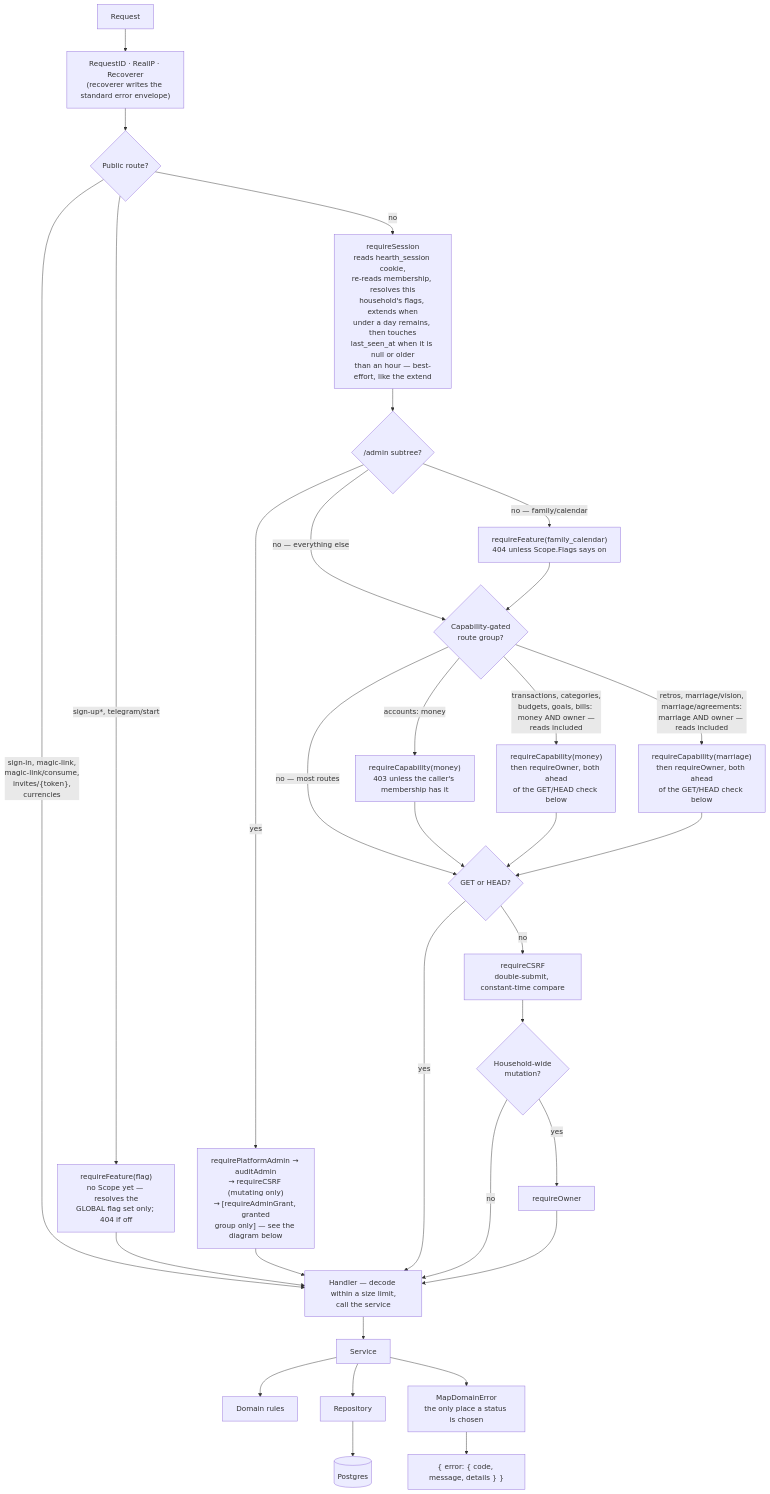
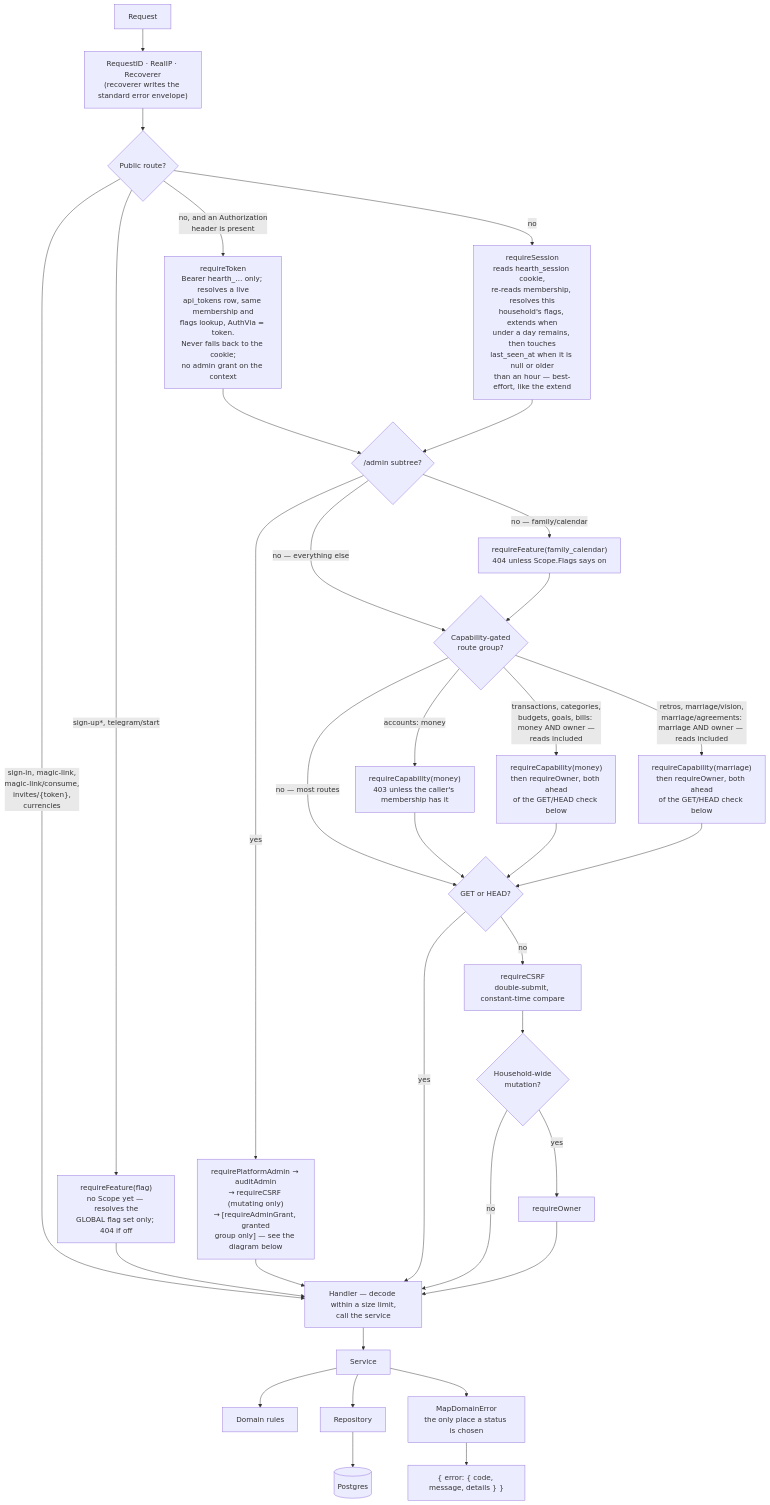
One commit to oandrz/Household changed the fourth of 22 diagrams in docs/SYSTEM_DESIGN.md. Above: the diagram before and after it, drawn with Mermaid. The commit also changed other lines of this file and 85 other files, not shown here.

First line of the commit message:
Agent surface: routes --json, idempotent import, API tokens, Telegram commands and free text (#22)

````diff
--- a/docs/SYSTEM_DESIGN.md
+++ b/docs/SYSTEM_DESIGN.md
@@ -815,39 +822,41 @@
 ```mermaid
 graph TD
     Req["Request"] --> RID["RequestID · RealIP · Recoverer<br/>(recoverer writes the standard error envelope)"]
     RID --> Public{"Public route?"}
 
     Public -->|"sign-in, magic-link,<br/>magic-link/consume,<br/>invites/{token},<br/>currencies"| Handler
     Public -->|"sign-up*, telegram/start"| PublicFeature["requireFeature(flag)<br/>no Scope yet — resolves the<br/>GLOBAL flag set only; 404 if off"]
     PublicFeature --> Handler
     Public -->|no| Session["requireSession<br/>reads hearth_session cookie,<br/>re-reads membership, resolves this<br/>household's flags, extends when<br/>under a day remains, then touches<br/>last_seen_at when it is null or older<br/>than an hour — best-effort, like the extend"]
+    Public -->|"no, and an Authorization<br/>header is present"| Token["requireToken<br/>Bearer hearth_… only; resolves a live<br/>api_tokens row, same membership and<br/>flags lookup, AuthVia = token.<br/>Never falls back to the cookie;<br/>no admin grant on the context"]
+    Token --> RouteKind
 
     Session --> RouteKind{"/admin subtree?"}
     RouteKind -->|yes| AdminChain["requirePlatformAdmin → auditAdmin<br/>→ requireCSRF (mutating only)<br/>→ [requireAdminGrant, granted<br/>group only] — see the diagram below"]
     AdminChain --> Handler
     RouteKind -->|"no — family/calendar"| RequireFeature["requireFeature(family_calendar)<br/>404 unless Scope.Flags says on"]
     RouteKind -->|"no — everything else"| Cap{"Capability-gated<br/>route group?"}
     RequireFeature --> Cap
 
     Cap -->|"accounts: money"| RequireCap["requireCapability(money)<br/>403 unless the caller's membership has it"]
     Cap -->|"transactions, categories,<br/>budgets, goals, bills: money AND owner —<br/>reads included"| RequireCapTxn["requireCapability(money)<br/>then requireOwner, both ahead<br/>of the GET/HEAD check below"]
     Cap -->|"retros, marriage/vision,<br/>marriage/agreements:<br/>marriage AND owner — reads included"| RequireCapRetro["requireCapability(marriage)<br/>then requireOwner, both ahead<br/>of the GET/HEAD check below"]
     Cap -->|"no — most routes"| Safe{"GET or HEAD?"}
     RequireCap --> Safe
     RequireCapTxn --> Safe
     RequireCapRetro --> Safe
     Safe -->|yes| Handler
     Safe -->|no| CSRF["requireCSRF<br/>double-submit, constant-time compare"]
 
     CSRF --> Owner{"Household-wide<br/>mutation?"}
     Owner -->|yes| RequireOwner["requireOwner"]
     Owner -->|no| Handler
     RequireOwner --> Handler
 
     Handler["Handler — decode within a size limit,<br/>call the service"] --> Service["Service"]
     Service --> Domain["Domain rules"]
     Service --> Repo["Repository"]
     Repo --> DB[("Postgres")]
     Service --> MapErr["MapDomainError<br/>the only place a status is chosen"]
     MapErr --> Resp["{ error: { code, message, details } }"]
 ```
````
